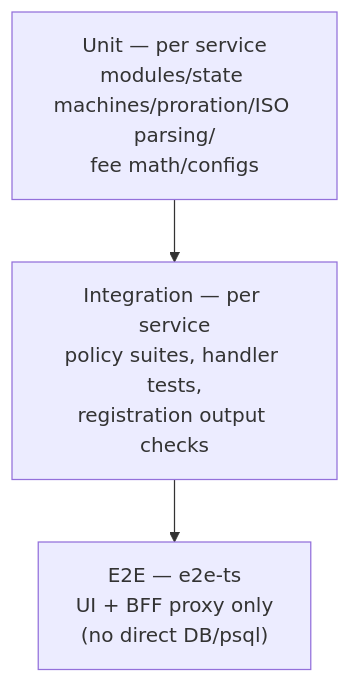
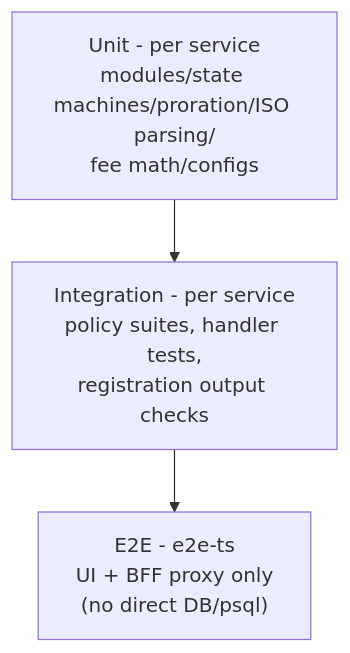
Before and after one commit to commerce8/bill8: the ninth of 9 diagrams in DESIGN.md, drawn with Mermaid. The commit also changed other lines of this file and 6 other files, not shown here.

````diff
--- a/DESIGN.md
+++ b/DESIGN.md
@@ -295,5 +295,5 @@
 ```mermaid
 graph TD
-    U["Unit — per service<br/>modules/state machines/proration/ISO parsing/<br/>fee math/configs"] --> I["Integration — per service<br/>policy suites, handler tests,<br/>registration output checks"]
-    I --> E["E2E — e2e-ts<br/>UI + BFF proxy only<br/>(no direct DB/psql)"]
+    U["Unit - per service<br/>modules/state machines/proration/ISO parsing/<br/>fee math/configs"] --> I["Integration - per service<br/>policy suites, handler tests,<br/>registration output checks"]
+    I --> E["E2E - e2e-ts<br/>UI + BFF proxy only<br/>(no direct DB/psql)"]
 ```
````
